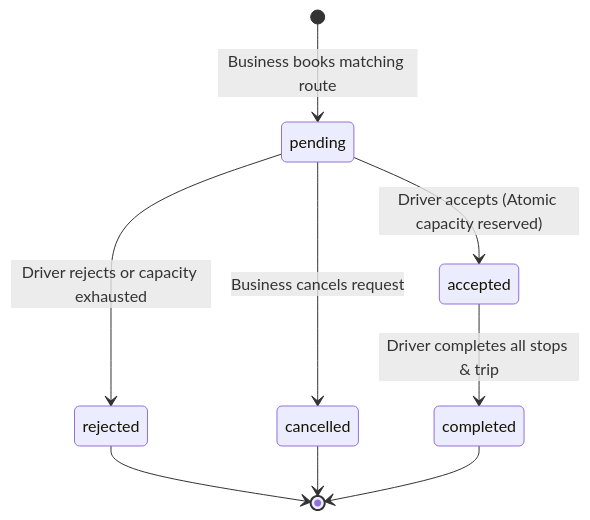
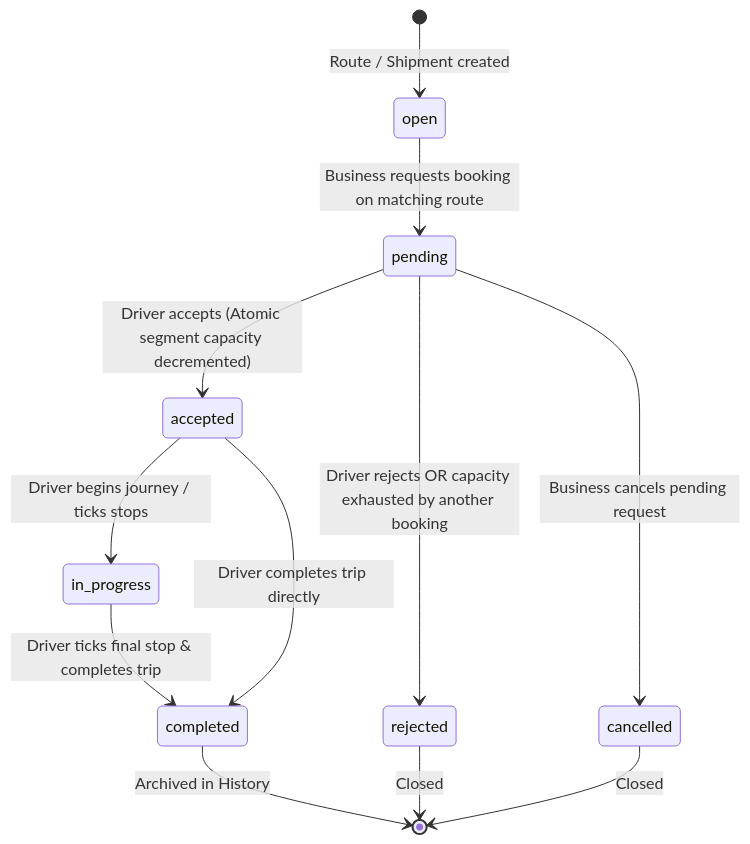
The second of 2 diagrams in README.md (Mds-1234/Trucksy_V2), drawn with Mermaid before and after one commit. The commit also changed other lines of this file, not shown here.

````diff
--- a/README.md
+++ b/README.md
@@ -51,11 +125,14 @@
 ```mermaid
 stateDiagram-v2
-    [*] --> pending: Business books matching route
-    pending --> accepted: Driver accepts (Atomic capacity reserved)
-    pending --> rejected: Driver rejects or capacity exhausted
-    pending --> cancelled: Business cancels request
-    accepted --> completed: Driver completes all stops & trip
-    rejected --> [*]
-    cancelled --> [*]
-    completed --> [*]
+    [*] --> open: Route / Shipment created
+    open --> pending: Business requests booking on matching route
+    pending --> accepted: Driver accepts (Atomic segment capacity decremented)
+    pending --> rejected: Driver rejects OR capacity exhausted by another booking
+    pending --> cancelled: Business cancels pending request
+    accepted --> in_progress: Driver begins journey / ticks stops
+    in_progress --> completed: Driver ticks final stop & completes trip
+    accepted --> completed: Driver completes trip directly
+    completed --> [*]: Archived in History
+    rejected --> [*]: Closed
+    cancelled --> [*]: Closed
 ```
````
